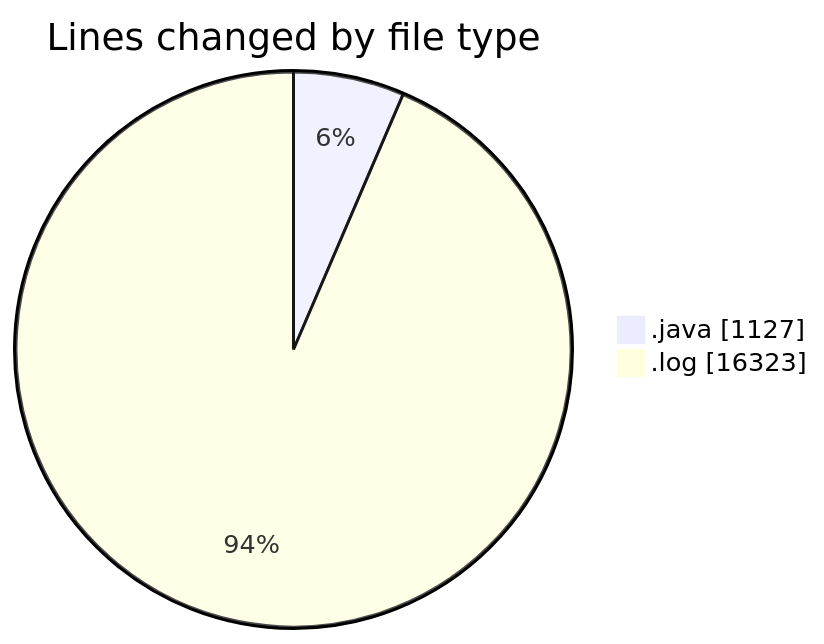
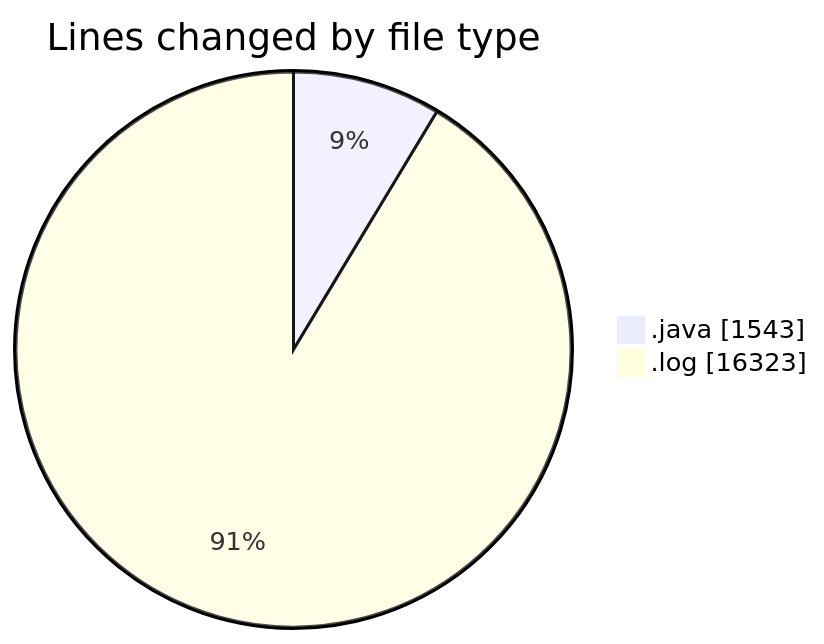
The first of 2 diagrams in 2026-04-07/cilapp/README.md (ricardozamudiocil/code-tracking), drawn with Mermaid before and after one commit. The commit also changed other lines of this file and 1 other file, not shown here.

````diff
--- a/2026-04-07/cilapp/README.md
+++ b/2026-04-07/cilapp/README.md
@@ -24,6 +26,6 @@
 ```mermaid
 pie showData
 title Lines changed by file type
-".java" : 1127
+".java" : 1543
 ".log" : 16323
 ```
````
